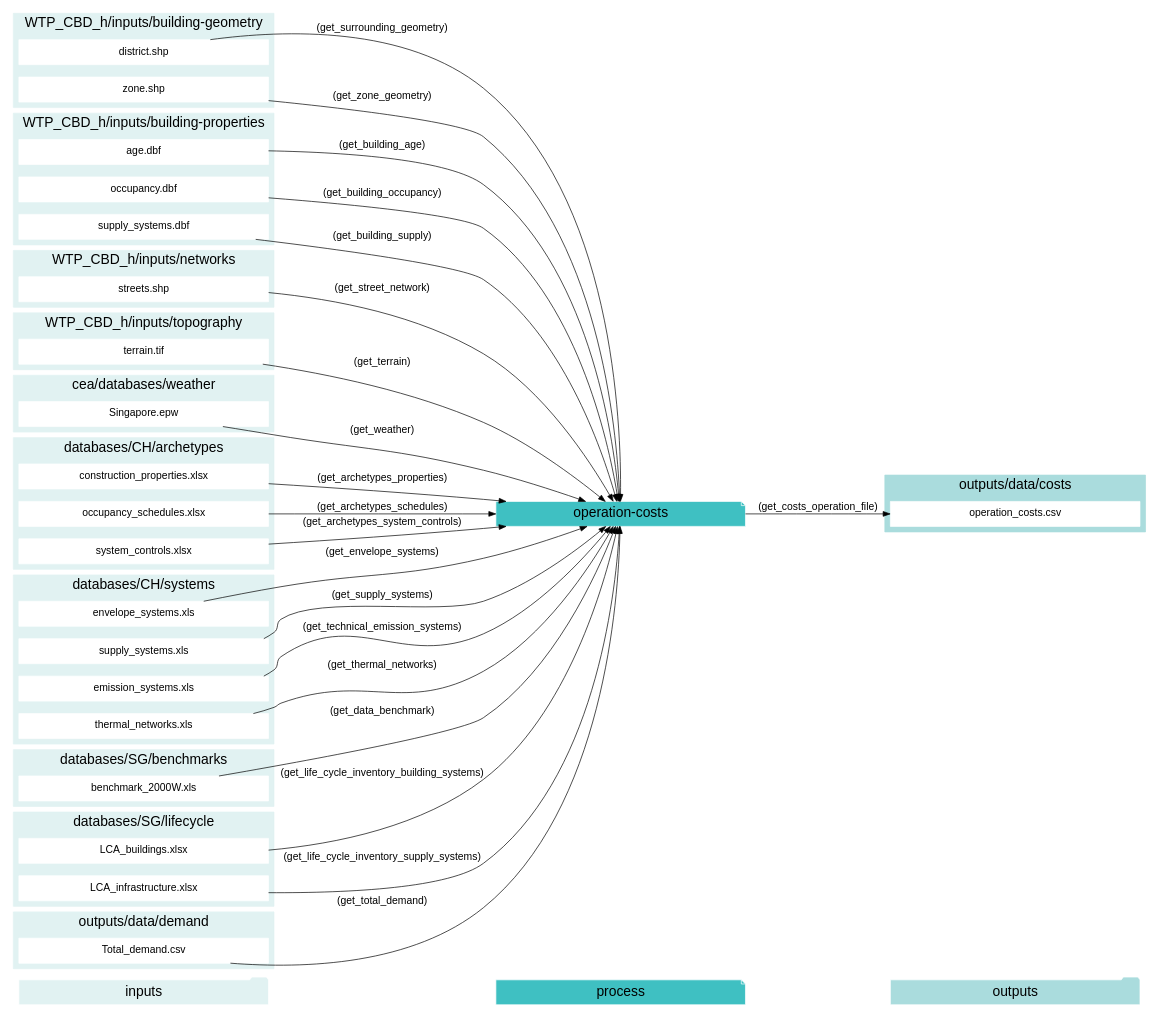
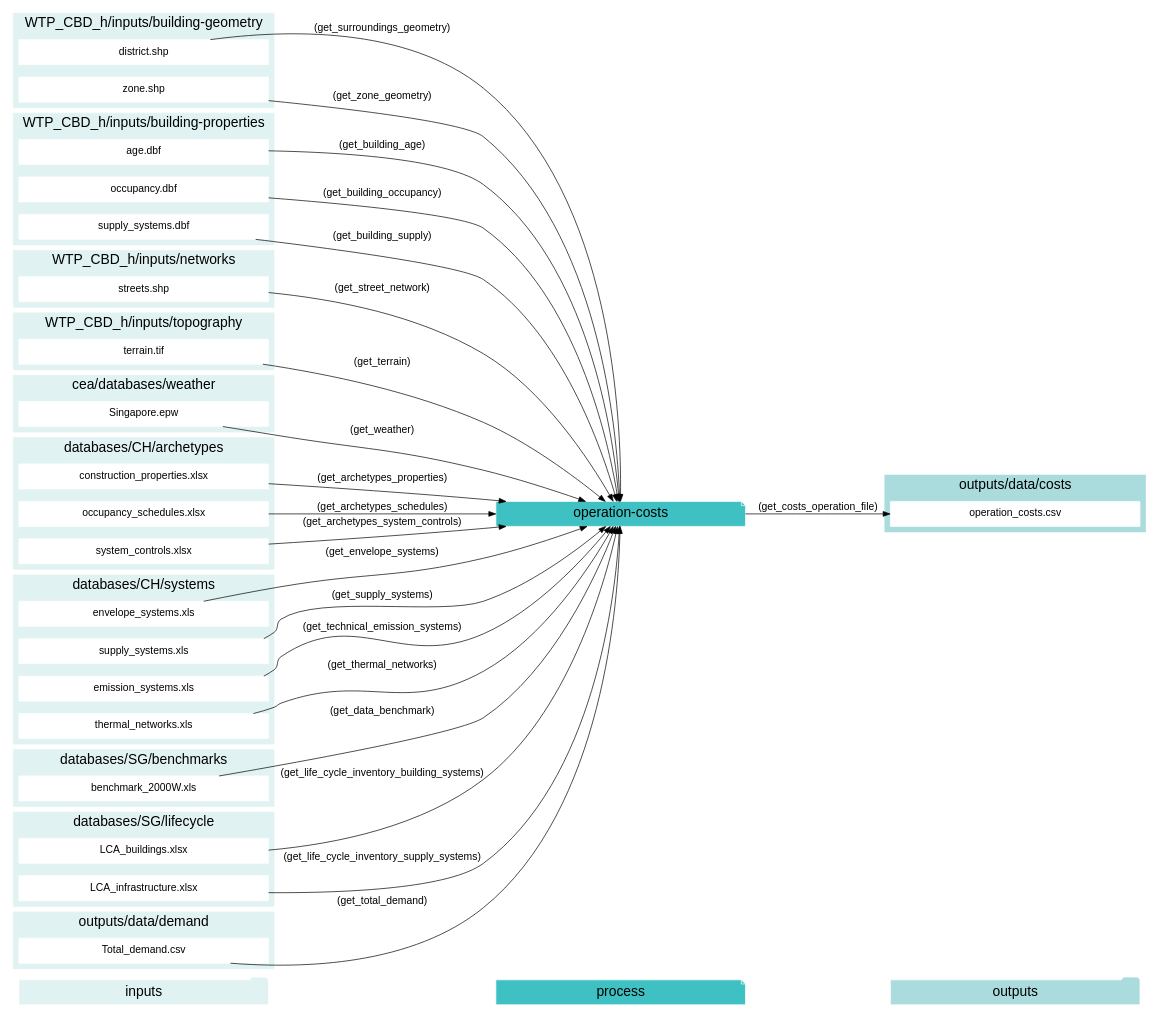
One commit to architecture-building-systems/CityEnergyAnalyst changed the fourth of 12 diagrams in docs/script-data-flow.rst. Above: the diagram before and after it, drawn with Graphviz. The commit also changed other lines of this file and 15 other files, not shown here.

Commit message:
rename get_surrounding_geometry to get_surroungs_geometry

```diff
--- a/docs/script-data-flow.rst
+++ b/docs/script-data-flow.rst
@@ -548,7 +548,7 @@
     "occupancy.dbf" -> "operation-costs"[label="(get_building_occupancy)"]
     "supply_systems.dbf" -> "operation-costs"[label="(get_building_supply)"]
     "benchmark_2000W.xls" -> "operation-costs"[label="(get_data_benchmark)"]
-    "district.shp" -> "operation-costs"[label="(get_surrounding_geometry)"]
+    "district.shp" -> "operation-costs"[label="(get_surroundings_geometry)"]
     "envelope_systems.xls" -> "operation-costs"[label="(get_envelope_systems)"]
     "LCA_buildings.xlsx" -> "operation-costs"[label="(get_life_cycle_inventory_building_systems)"]
     "LCA_infrastructure.xlsx" -> "operation-costs"[label="(get_life_cycle_inventory_supply_systems)"]
```
